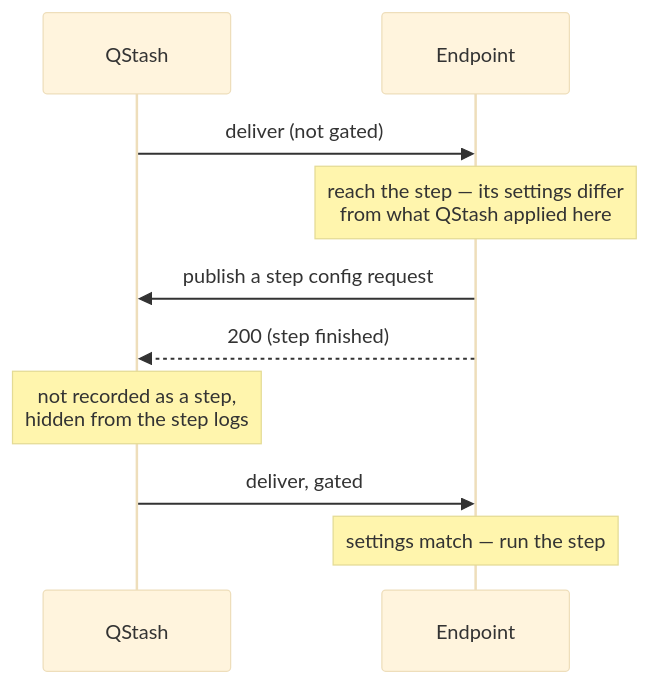
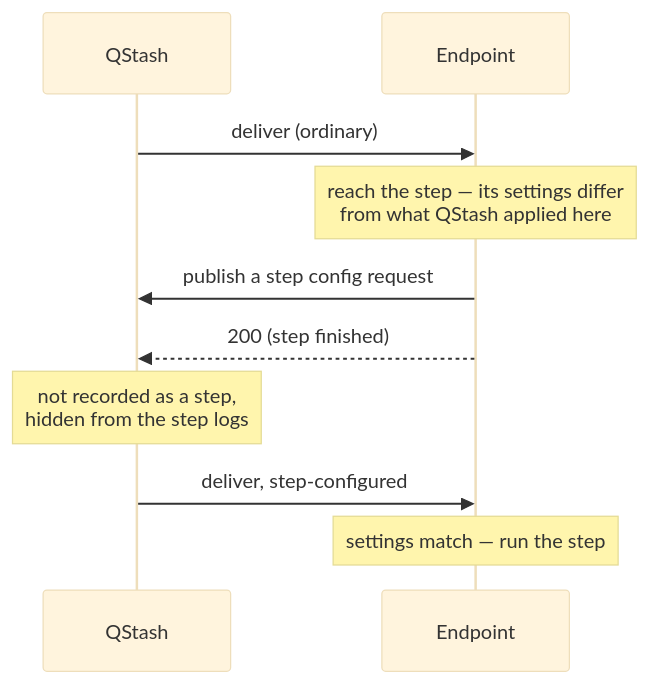
Before and after one commit to upstash/workflow-js: the sixth of 10 diagrams in src/GLOSSARY.md, drawn with Mermaid (base theme). The commit also changed other lines of this file and 15 other files, not shown here.

````diff
--- a/src/GLOSSARY.md
+++ b/src/GLOSSARY.md
@@ -235,12 +275,12 @@
 ```mermaid
 sequenceDiagram
     participant Q as QStash
     participant E as Endpoint
-    Q->>E: deliver (not gated)
+    Q->>E: deliver (ordinary)
     Note over E: reach the step — its settings differ<br/>from what QStash applied here
     E->>Q: publish a step config request
     E-->>Q: 200 (step finished)
     Note over Q: not recorded as a step,<br/>hidden from the step logs
-    Q->>E: deliver, gated
+    Q->>E: deliver, step-configured
     Note over E: settings match — run the step
 ```
````
